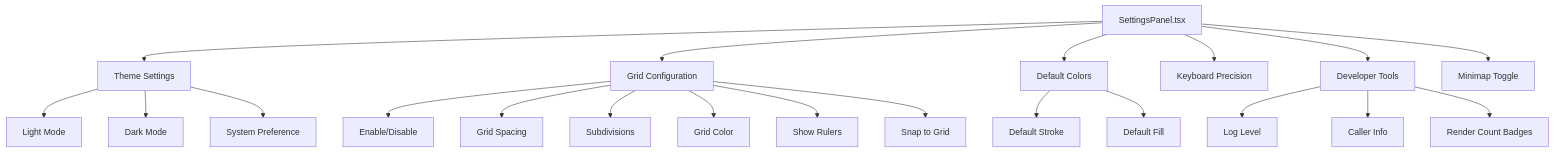
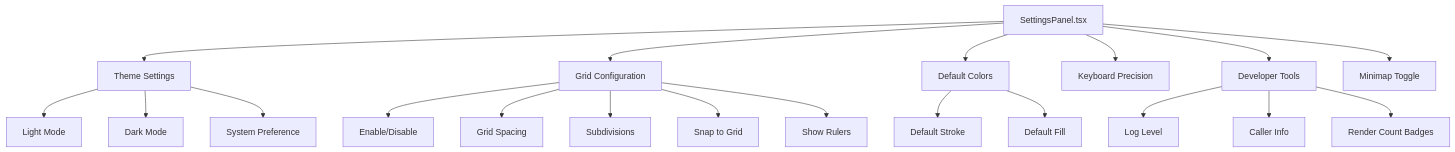
One commit to ekrsulov/ttpe changed the diagram in doc/docs/app-structure/settings-panel.md. Above: the diagram before and after it, drawn with Mermaid. The commit also changed other lines of this file and 5 other files, not shown here.

````diff
--- a/doc/docs/app-structure/settings-panel.md
+++ b/doc/docs/app-structure/settings-panel.md
@@ -25,27 +25,26 @@
 ```mermaid
 graph TB
     SettingsPanel[SettingsPanel.tsx] --> Theme[Theme Settings]
     SettingsPanel --> Grid[Grid Configuration]
     SettingsPanel --> Defaults[Default Colors]
     SettingsPanel --> Keyboard[Keyboard Precision]
     SettingsPanel --> DevTools[Developer Tools]
     SettingsPanel --> Minimap[Minimap Toggle]
     
     Theme --> Light[Light Mode]
     Theme --> Dark[Dark Mode]
     Theme --> System[System Preference]
     
     Grid --> Enable[Enable/Disable]
     Grid --> Spacing[Grid Spacing]
     Grid --> Subdivisions[Subdivisions]
-    Grid --> Color[Grid Color]
+    Grid --> Snap[Snap to Grid]
     Grid --> Rulers[Show Rulers]
-    Grid --> Snap[Snap to Grid]
     
     Defaults --> Stroke[Default Stroke]
     Defaults --> Fill[Default Fill]
     
     DevTools --> LogLevel[Log Level]
     DevTools --> CallerInfo[Caller Info]
     DevTools --> RenderBadges[Render Count Badges]
 ```
````
